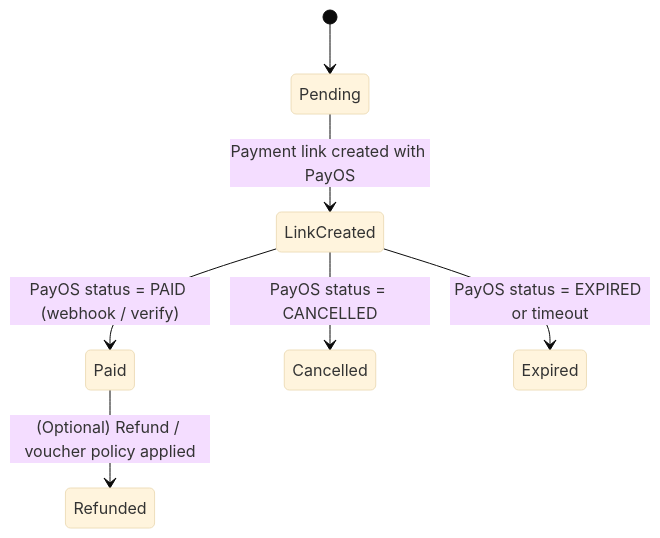
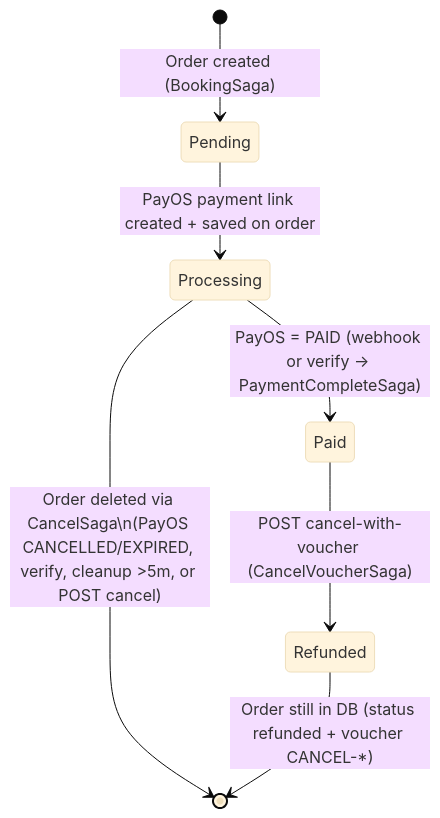
Diagram 12 of 29 in doc/UML/Phuoc_PaymentCheckin.md (SDN-Group5/Event-Ticketing-Platform), drawn with Mermaid (base theme) before and after one commit. The commit also changed other lines of this file and 5 other files, not shown here.

````diff
--- a/doc/UML/Phuoc_PaymentCheckin.md
+++ b/doc/UML/Phuoc_PaymentCheckin.md
@@ -181,9 +442,14 @@
 ```mermaid
 stateDiagram-v2
-    [*] --> Pending
-    Pending --> LinkCreated: Payment link created with PayOS
-    LinkCreated --> Paid: PayOS status = PAID (webhook / verify)
-    LinkCreated --> Cancelled: PayOS status = CANCELLED
-    LinkCreated --> Expired: PayOS status = EXPIRED or timeout
-    Paid --> Refunded: (Optional) Refund / voucher policy applied
+    [*] --> Pending: Order created (BookingSaga)
+
+    Pending --> Processing: PayOS payment link created + saved on order
+
+    Processing --> Paid: PayOS = PAID (webhook or verify → PaymentCompleteSaga)
+
+    Processing --> [*]: Order deleted via CancelSaga\n(PayOS CANCELLED/EXPIRED, verify, cleanup >5m, or POST cancel)
+
+    Paid --> Refunded: POST cancel-with-voucher (CancelVoucherSaga)
+
+    Refunded --> [*]: Order still in DB (status refunded + voucher CANCEL-*)
 ```
````
